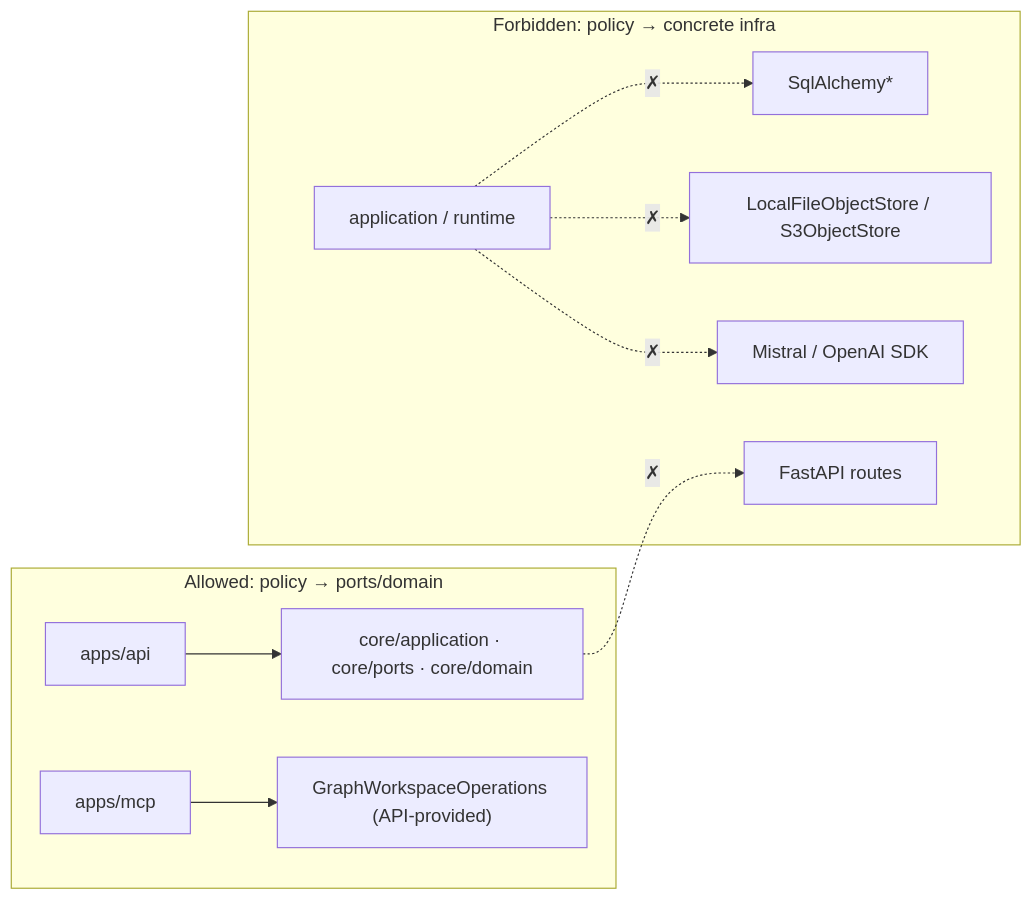
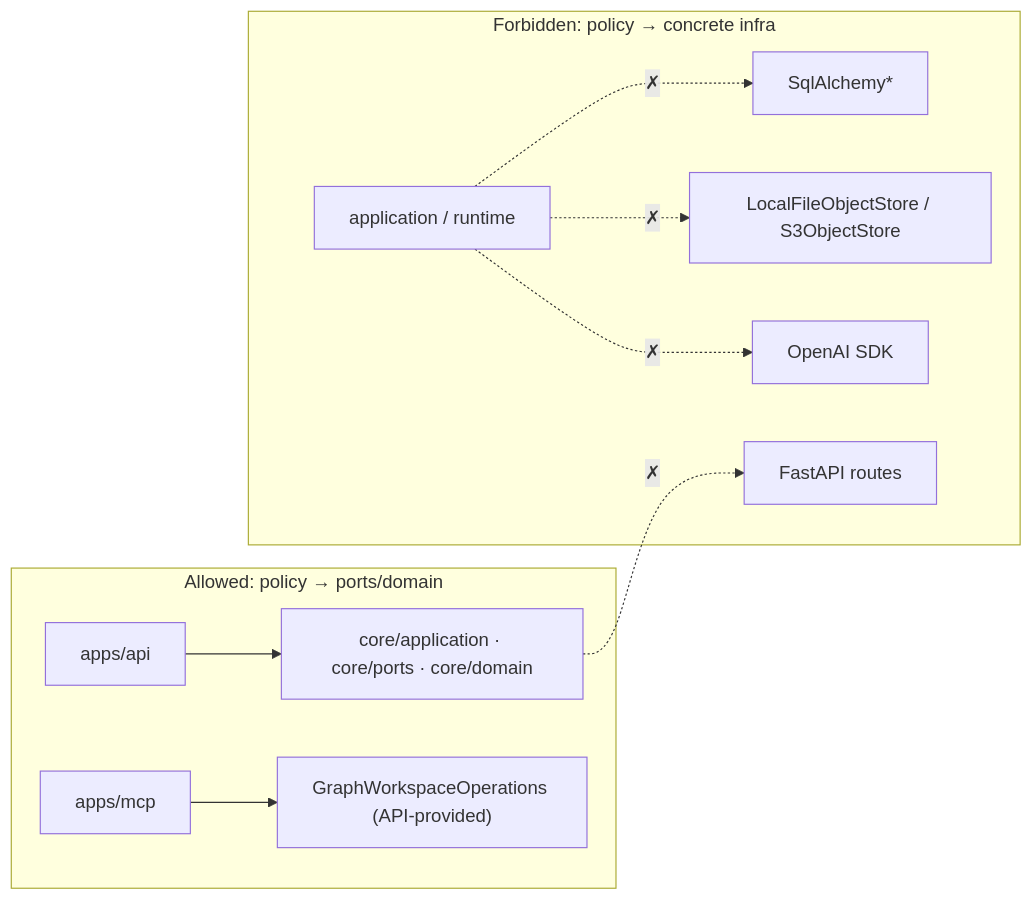
Diagram 13 of 13 in docs/design/backend-architecture.md (artpods56/KUL_IDUB_EcclesialSchematisms), drawn with Mermaid before and after one commit. The commit also changed other lines of this file and 19 other files, not shown here.

Commit message:
docs(plugins): record unified release architecture and cutover

````diff
--- a/docs/design/backend-architecture.md
+++ b/docs/design/backend-architecture.md
@@ -514,13 +536,13 @@
 ```mermaid
 flowchart LR
     subgraph Allowed["Allowed: policy → ports/domain"]
         API["apps/api"] --> Core["core/application · core/ports · core/domain"]
         MCP["apps/mcp"] --> Ops["GraphWorkspaceOperations (API-provided)"]
     end
     subgraph Forbidden["Forbidden: policy → concrete infra"]
         App["application / runtime"] -. "✗" .-> Sql["SqlAlchemy*"]
         App -. "✗" .-> Storage["LocalFileObjectStore / S3ObjectStore"]
-        App -. "✗" .-> SDK["Mistral / OpenAI SDK"]
+        App -. "✗" .-> SDK["OpenAI SDK"]
         Core -. "✗" .-> FastAPI["FastAPI routes"]
     end
 ```
````
